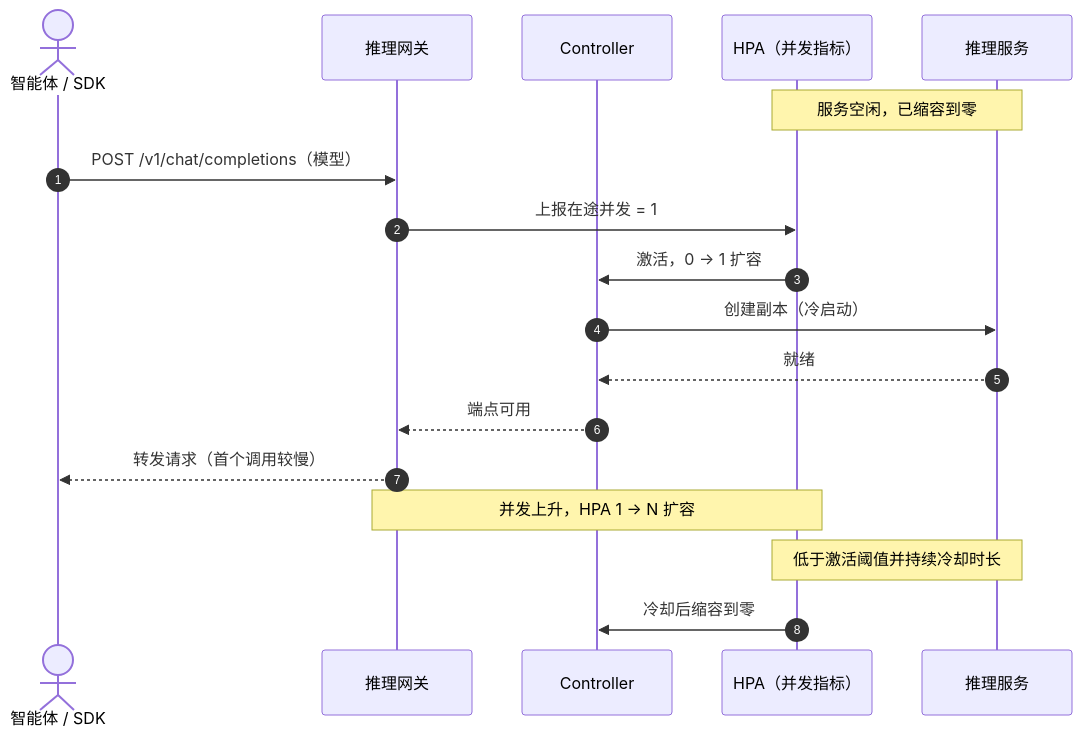
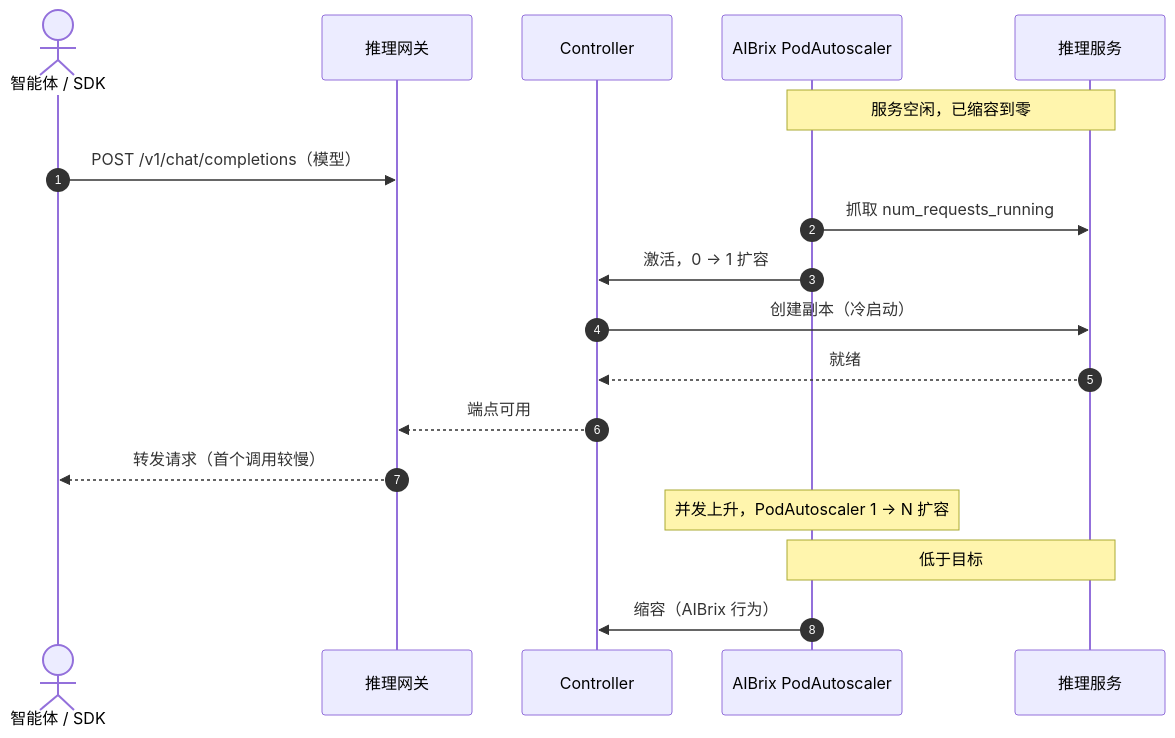
The third of 4 diagrams in site/docs/design/inference-autoscaling.zh-cn.md (go-taas/go-taas), drawn with Mermaid before and after one commit. The commit also changed other lines of this file and 41 other files, not shown here.

````diff
--- a/site/docs/design/inference-autoscaling.zh-cn.md
+++ b/site/docs/design/inference-autoscaling.zh-cn.md
@@ -290,21 +290,21 @@
 ```mermaid
 sequenceDiagram
     autonumber
     actor Agent as 智能体 / SDK
     participant DGW as 推理网关
     participant CTRL as Controller
-    participant HPA as HPA（并发指标）
+    participant PA as AIBrix PodAutoscaler
     participant SVC as 推理服务
 
-    Note over HPA,SVC: 服务空闲，已缩容到零
+    Note over PA,SVC: 服务空闲，已缩容到零
     Agent->>DGW: POST /v1/chat/completions（模型）
-    DGW->>HPA: 上报在途并发 = 1
-    HPA->>CTRL: 激活，0 -> 1 扩容
+    PA->>SVC: 抓取 num_requests_running
+    PA->>CTRL: 激活，0 -> 1 扩容
     CTRL->>SVC: 创建副本（冷启动）
     SVC-->>CTRL: 就绪
     CTRL-->>DGW: 端点可用
     DGW-->>Agent: 转发请求（首个调用较慢）
-    Note over DGW,HPA: 并发上升，HPA 1 -> N 扩容
-    Note over HPA,SVC: 低于激活阈值并持续冷却时长
-    HPA->>CTRL: 冷却后缩容到零
+    Note over PA: 并发上升，PodAutoscaler 1 -> N 扩容
+    Note over PA,SVC: 低于目标
+    PA->>CTRL: 缩容（AIBrix 行为）
 ```
````
